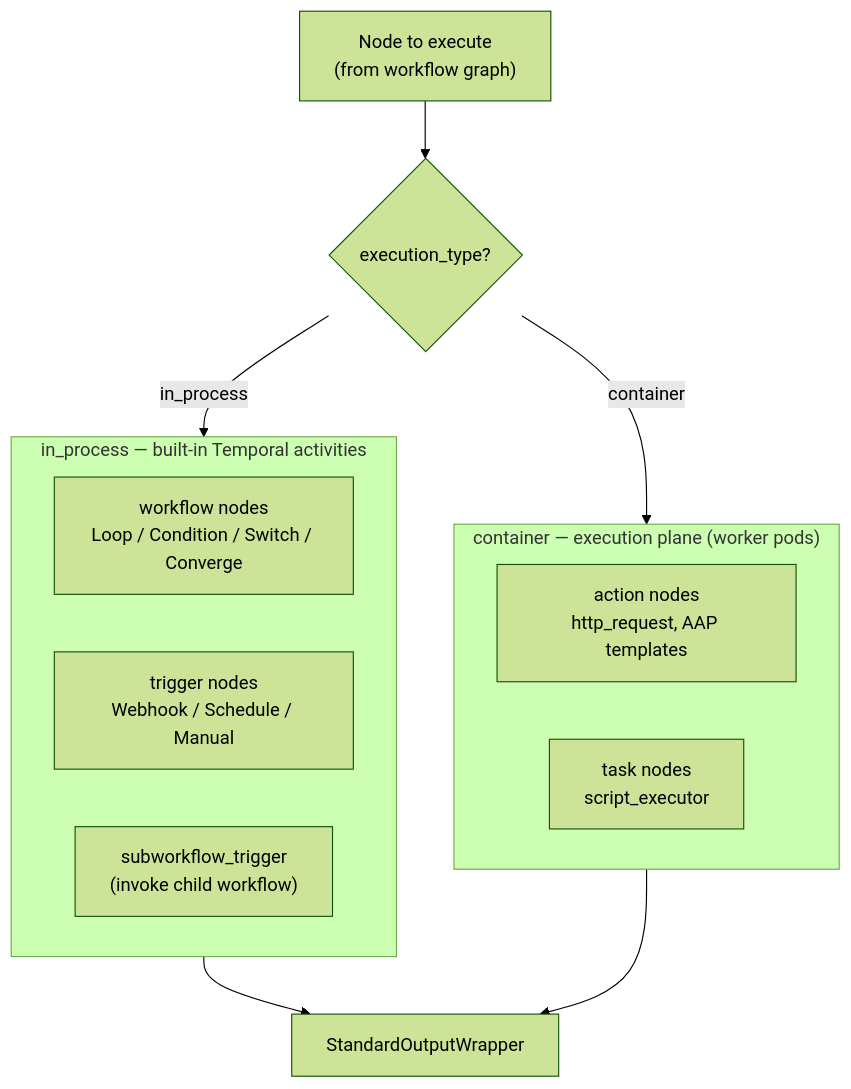
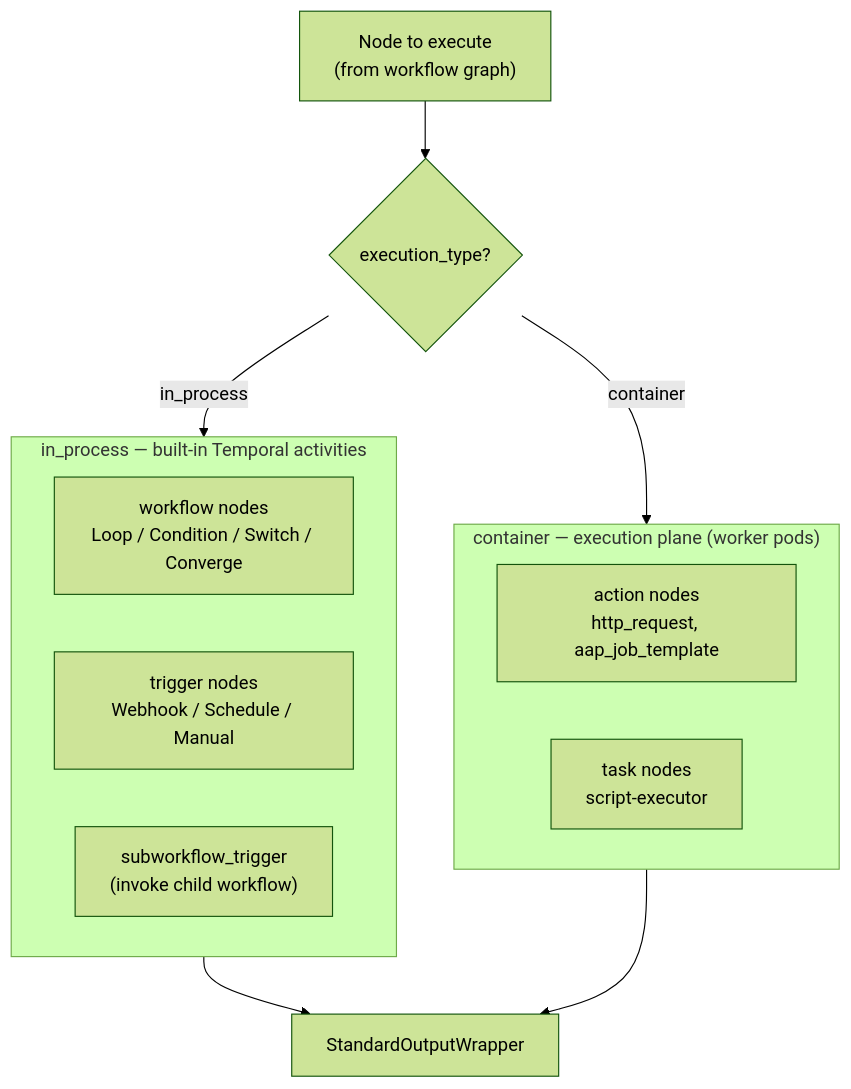
One commit to alisonlhart/syntara changed the third of 5 diagrams in schemas/node-sdk-architecture.md. Above: the diagram before and after it, drawn with Mermaid (forest theme). The commit also changed other lines of this file and 8 other files, not shown here.

Commit message:
feat: Add prototype for http-request postgres registration

````diff
--- a/schemas/node-sdk-architecture.md
+++ b/schemas/node-sdk-architecture.md
@@ -292,22 +332,22 @@
 ```mermaid
 graph TB
     NODE["Node to execute<br/>(from workflow graph)"]
     FORK{"execution_type?"}
 
     subgraph INPROC["in_process — built-in Temporal activities"]
         WF["workflow nodes<br/>Loop / Condition / Switch / Converge"]
         TRIG["trigger nodes<br/>Webhook / Schedule / Manual"]
         SUBWF["subworkflow_trigger<br/>(invoke child workflow)"]
     end
 
     subgraph CONTAINER["container — execution plane (worker pods)"]
-        ACT["action nodes<br/>http_request, AAP templates"]
-        TASK["task nodes<br/>script_executor"]
+        ACT["action nodes<br/>http_request, aap_job_template"]
+        TASK["task nodes<br/>script-executor"]
     end
 
     NODE --> FORK
     FORK -->|in_process| INPROC
     FORK -->|container| CONTAINER
     INPROC --> RESULT["StandardOutputWrapper"]
     CONTAINER --> RESULT
 ```
````
